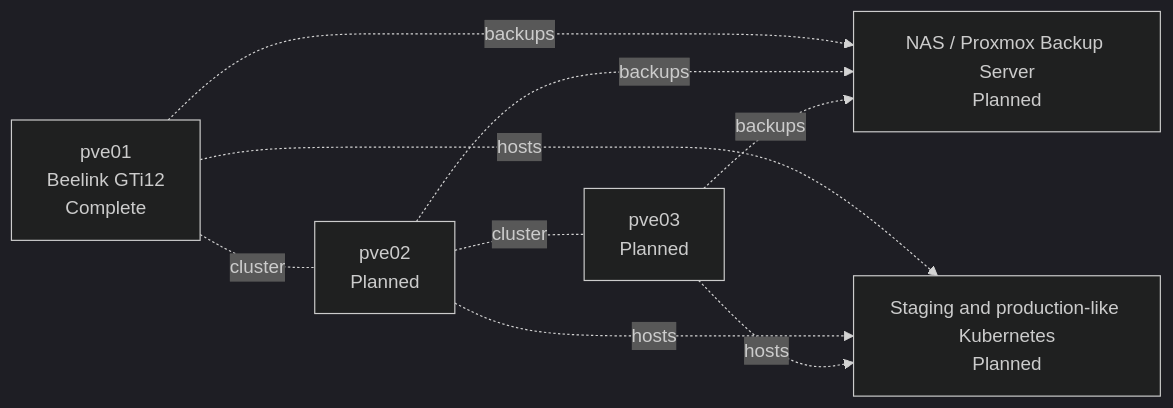
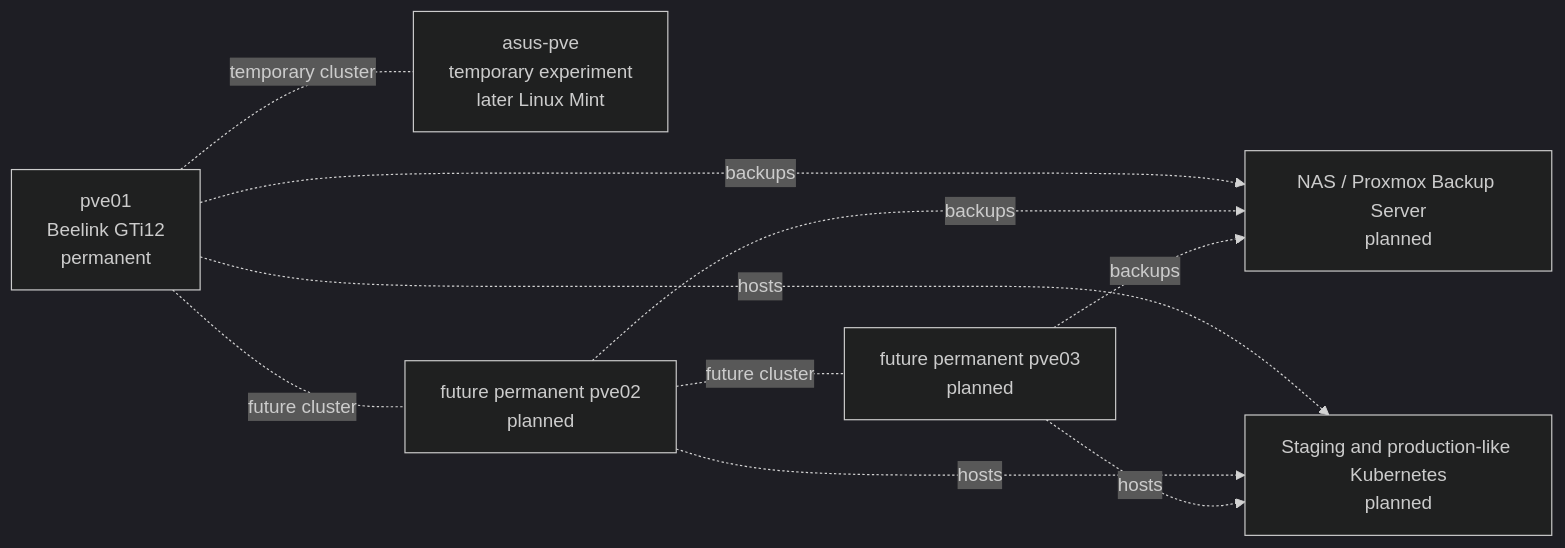
The diagram in docs/10-next-steps.md (dgsuma/dgs-private-cloud), drawn with Mermaid (dark theme) before and after one commit. The commit also changed other lines of this file and 16 other files, not shown here.

First line of the commit message:
docs: prepare temporary ASUS Proxmox node

````diff
--- a/docs/10-next-steps.md
+++ b/docs/10-next-steps.md
@@ -45,17 +126,19 @@
 ```mermaid
 flowchart LR
-    PVE1["pve01<br/>Beelink GTi12<br/>Complete"]
-    PVE2["pve02<br/>Planned"]
-    PVE3["pve03<br/>Planned"]
-    Backup["NAS / Proxmox Backup Server<br/>Planned"]
-    K8s["Staging and production-like Kubernetes<br/>Planned"]
+    PVE1["pve01<br/>Beelink GTi12<br/>permanent"]
+    ASUS["asus-pve<br/>temporary experiment<br/>later Linux Mint"]
+    PVE2["future permanent pve02<br/>planned"]
+    PVE3["future permanent pve03<br/>planned"]
+    Backup["NAS / Proxmox Backup Server<br/>planned"]
+    K8s["Staging and production-like Kubernetes<br/>planned"]
 
-    PVE1 -. cluster .- PVE2
-    PVE2 -. cluster .- PVE3
+    PVE1 -. temporary cluster .- ASUS
+    PVE1 -. future cluster .- PVE2
+    PVE2 -. future cluster .- PVE3
     PVE1 -. backups .-> Backup
     PVE2 -. backups .-> Backup
     PVE3 -. backups .-> Backup
     PVE1 -. hosts .-> K8s
     PVE2 -. hosts .-> K8s
     PVE3 -. hosts .-> K8s
 ```
````
